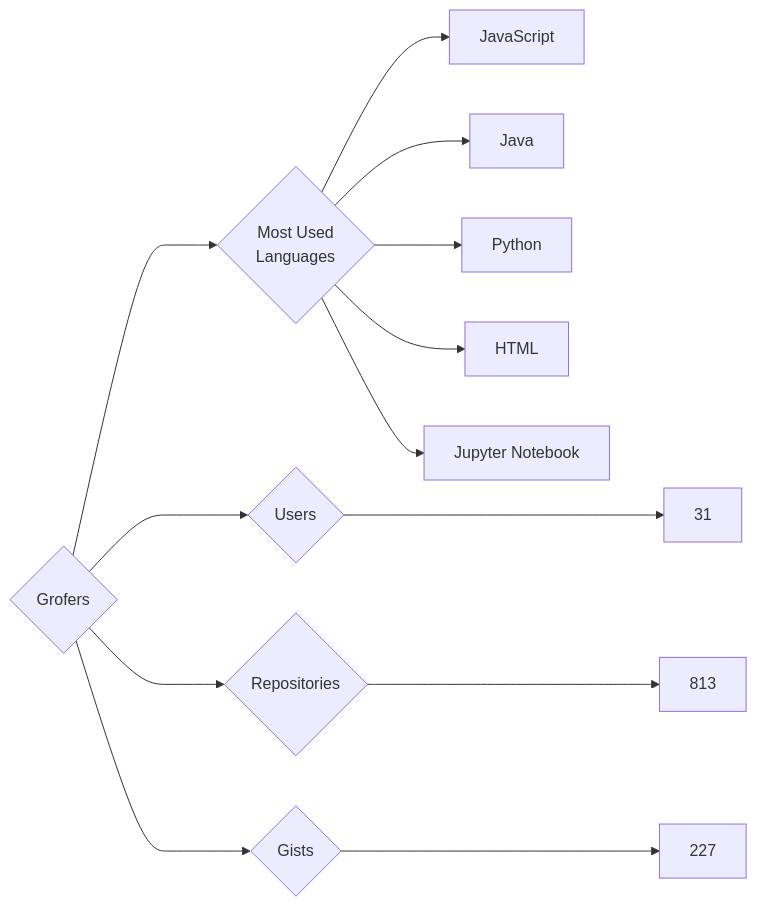
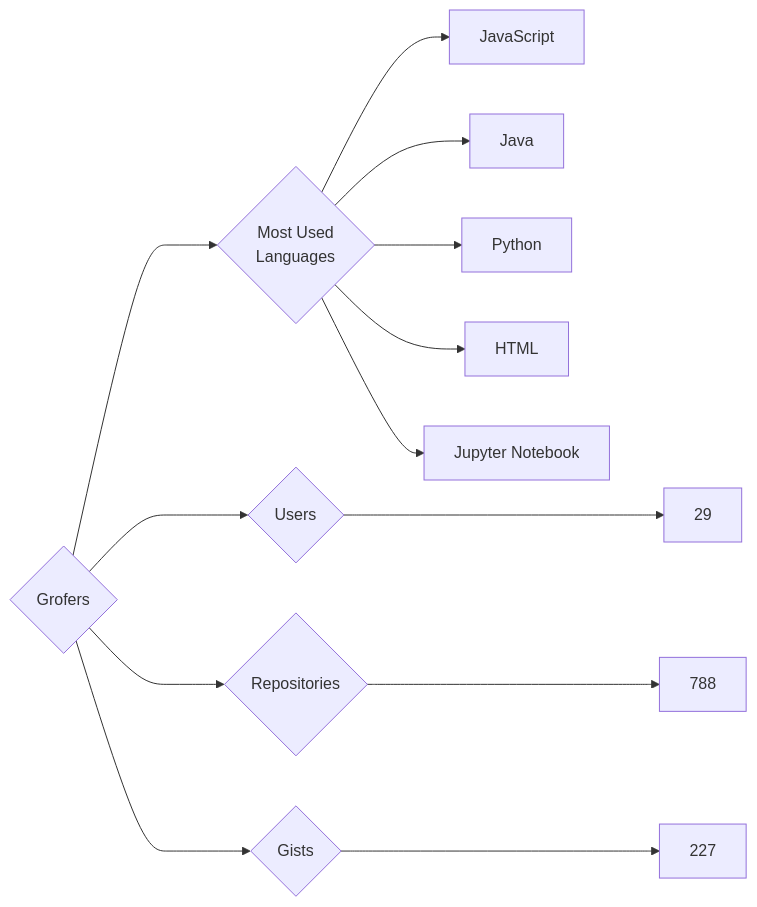
The diagram in targets/Grofers/README.md (trickest/insiders), drawn with Mermaid before and after one commit. The commit also changed 838 other files, not shown here.

````diff
--- a/targets/Grofers/README.md
+++ b/targets/Grofers/README.md
@@ -3,13 +3,13 @@
 ```mermaid
 graph LR
 COMPANY_NAME{Grofers}
-COMPANY_NAME ---> U{Users} ---> UN[31]
-COMPANY_NAME ---> R{Repositories} ---> RN[813]
+COMPANY_NAME ---> U{Users} ---> UN[29]
+COMPANY_NAME ---> R{Repositories} ---> RN[788]
 COMPANY_NAME ---> G{Gists} ---> GN[227]
 COMPANY_NAME ---> ML{Most Used<br>Languages}
 ML --> JavaScript[JavaScript]
 ML --> Java[Java]
 ML --> Python[Python]
 ML --> HTML[HTML]
 ML --> Jupyter_Notebook[Jupyter Notebook]
 ```
````
